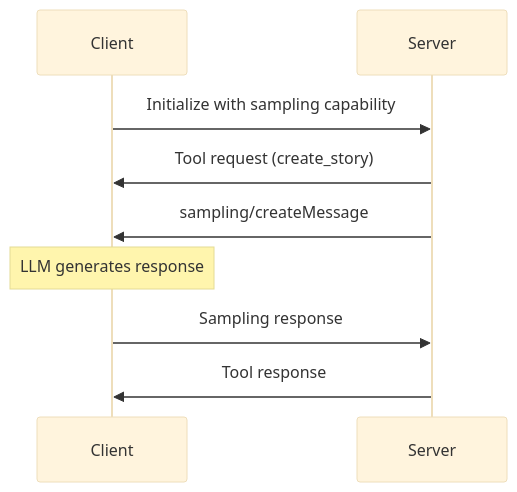
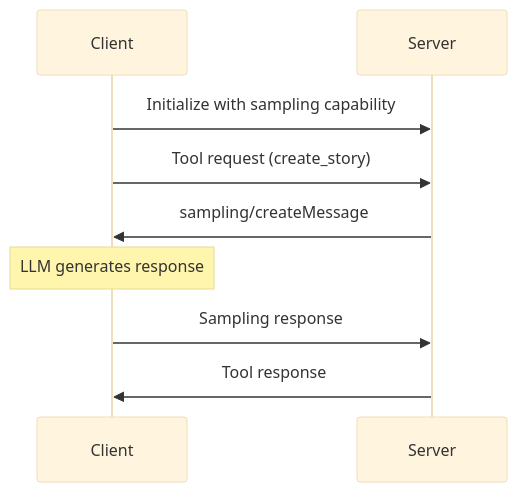
One commit to Aldo1234567890denis/arthas changed the diagram in 03_ai_protocols/01_mcp/05_capabilities_and_transport/03_sampling/README.md. Above: the diagram before and after it, drawn with Mermaid (base theme).

Commit message:
Update Message Flow diagram in Sampling README.md

````diff
--- a/03_ai_protocols/01_mcp/05_capabilities_and_transport/03_sampling/README.md
+++ b/03_ai_protocols/01_mcp/05_capabilities_and_transport/03_sampling/README.md
@@ -56,11 +56,11 @@
 ```mermaid
 sequenceDiagram
     participant C as Client
     participant S as Server
     C->>S: Initialize with sampling capability
-    S->>C: Tool request (create_story)
+    C->>S: Tool request (create_story)
     S->>C: sampling/createMessage
     Note over C: LLM generates response
     C->>S: Sampling response
     S->>C: Tool response
 ```
````
